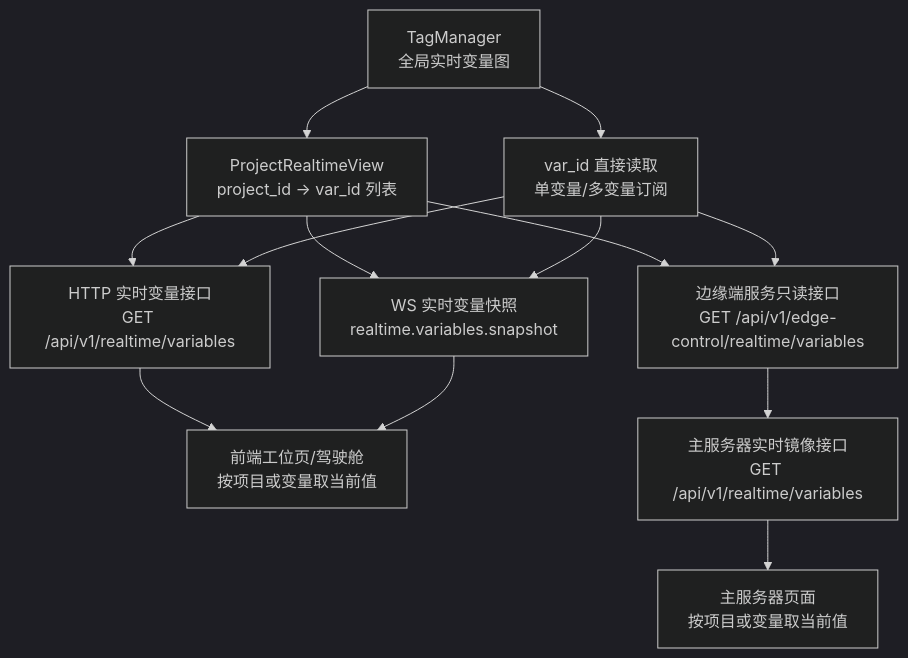
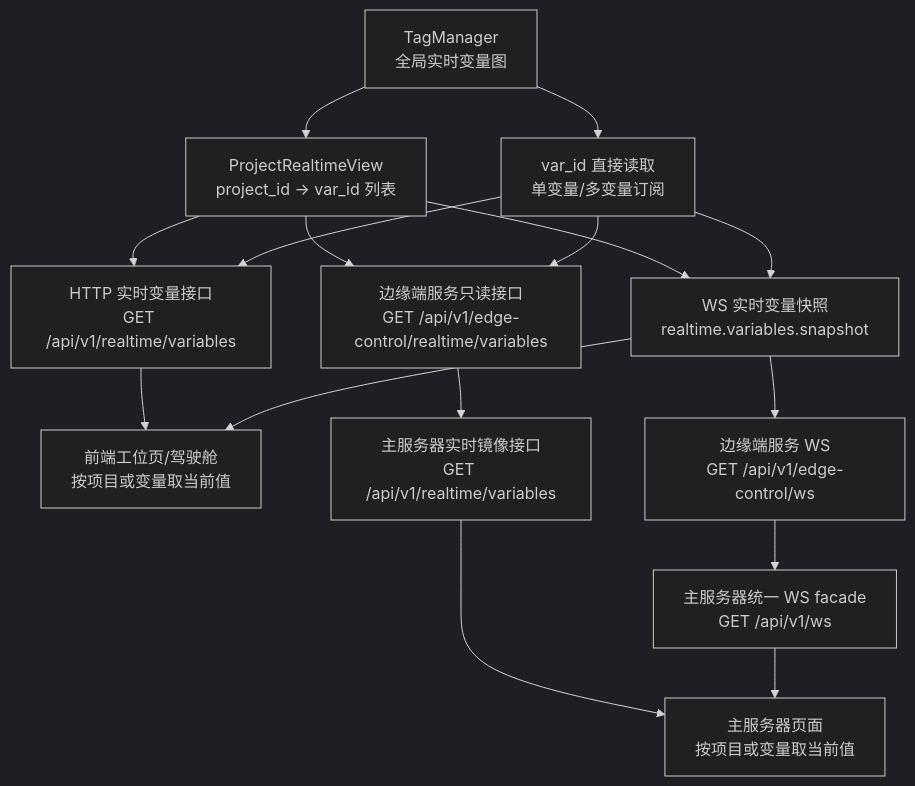
One commit to YufeiSun5/edge-terminal-SPT changed the second of 6 diagrams in backend/docs/边缘端全链路数据流转与分发图.md. Above: the diagram before and after it, drawn with Mermaid (dark theme). The commit also changed other lines of this file and 123 other files, not shown here.

````diff
--- a/backend/docs/边缘端全链路数据流转与分发图.md
+++ b/backend/docs/边缘端全链路数据流转与分发图.md
@@ -146,18 +152,21 @@
 ```mermaid
 flowchart TB
   全局变量图["TagManager\n全局实时变量图"] --> 项目索引["ProjectRealtimeView\nproject_id -> var_id 列表"]
   全局变量图 --> 单点索引["var_id 直接读取\n单变量/多变量订阅"]
 
   项目索引 --> 实时变量接口["HTTP 实时变量接口\nGET /api/v1/realtime/variables"]
   单点索引 --> 实时变量接口
   项目索引 --> 边缘服务实时接口["边缘端服务只读接口\nGET /api/v1/edge-control/realtime/variables"]
   单点索引 --> 边缘服务实时接口
 
   项目索引 --> 实时变量WS["WS 实时变量快照\nrealtime.variables.snapshot"]
   单点索引 --> 实时变量WS
 
   实时变量接口 --> 前端工位["前端工位页/驾驶舱\n按项目或变量取当前值"]
   实时变量WS --> 前端工位
+  实时变量WS --> 边缘服务WS["边缘端服务 WS\nGET /api/v1/edge-control/ws"]
   边缘服务实时接口 --> 主服务器实时接口["主服务器实时镜像接口\nGET /api/v1/realtime/variables"]
+  边缘服务WS --> 主服务器WS["主服务器统一 WS facade\nGET /api/v1/ws"]
   主服务器实时接口 --> 主服务器页面["主服务器页面\n按项目或变量取当前值"]
+  主服务器WS --> 主服务器页面
 ```
````
